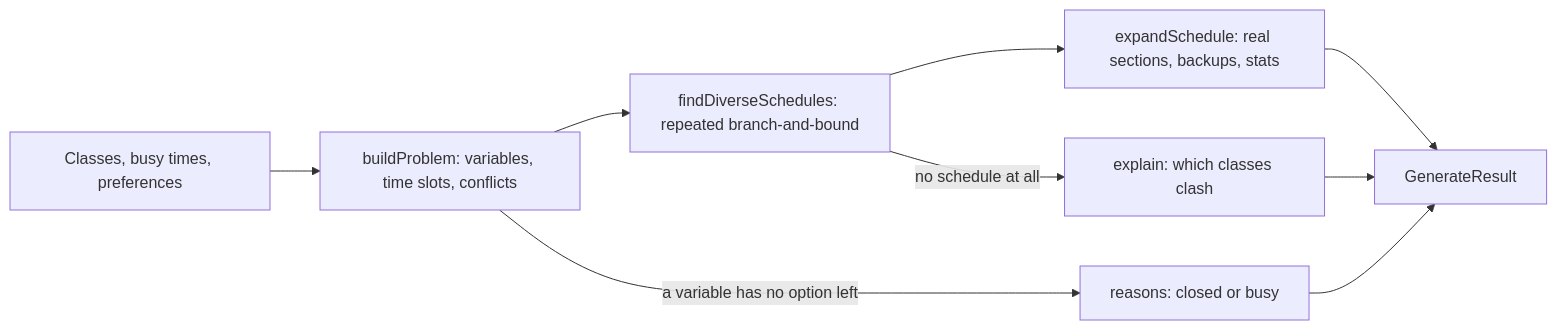
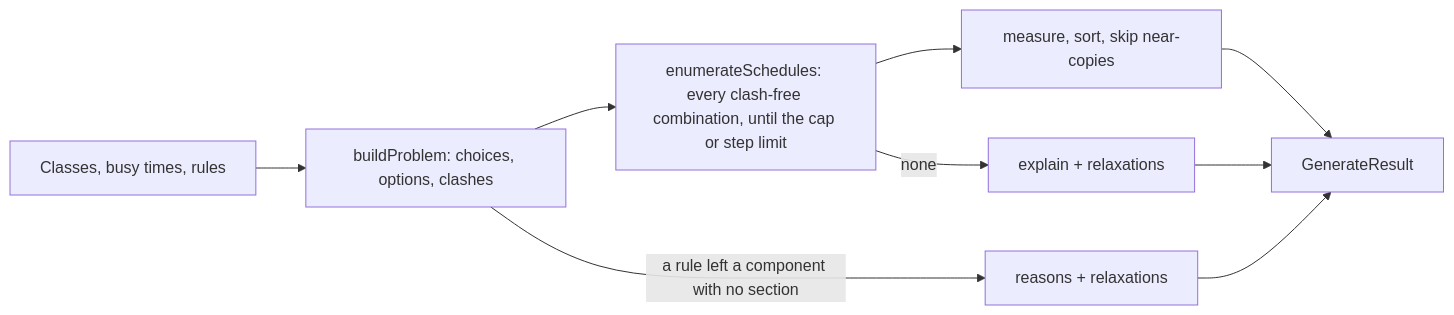
Before and after one commit to asuc-octo/berkeleytime: the diagram in apps/frontend/src/lib/scheduler/README.md, drawn with Mermaid. The commit also changed other lines of this file and 22 other files, not shown here.

First line of the commit message:
Simplify the schedule generator to filter, enumerate and sort

````diff
--- a/apps/frontend/src/lib/scheduler/README.md
+++ b/apps/frontend/src/lib/scheduler/README.md
@@ -84,11 +77,11 @@
 ```mermaid
 flowchart LR
-  A["Classes, busy times, preferences"] --> B["buildProblem: variables, time slots, conflicts"]
-  B -->|"a variable has no option left"| R["reasons: closed or busy"]
-  B --> C["findDiverseSchedules: repeated branch-and-bound"]
-  C -->|"no schedule at all"| E["explain: which classes clash"]
-  C --> D["expandSchedule: real sections, backups, stats"]
+  A["Classes, busy times, rules"] --> B["buildProblem: choices, options, clashes"]
+  B -->|"a rule left a component with no section"| R["reasons + relaxations"]
+  B --> C["enumerateSchedules: every clash-free combination, until the cap or step limit"]
+  C -->|"none"| E["explain + relaxations"]
+  C --> D["measure, sort, skip near-copies"]
   D --> F["GenerateResult"]
   E --> F
   R --> F
 ```
````
